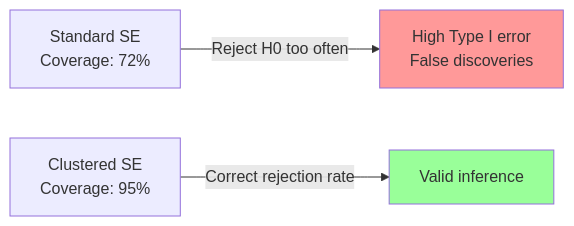
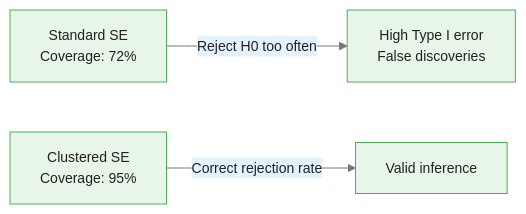
Before and after one commit to m-deane/course-creator: the fourth of 5 diagrams in courses/panel-regression/modules/module_05_advanced_topics/guides/03_clustered_standard_errors_slides.md, drawn with Mermaid. The commit also changed other lines of this file and 79 other files, not shown here.

````diff
--- a/courses/panel-regression/modules/module_05_advanced_topics/guides/03_clustered_standard_errors_slides.md
+++ b/courses/panel-regression/modules/module_05_advanced_topics/guides/03_clustered_standard_errors_slides.md
@@ -187,8 +231,6 @@
 ```mermaid
+%%{init: {"theme": "base", "themeVariables": {"primaryColor": "#e8f5e9", "primaryBorderColor": "#4caf50", "primaryTextColor": "#212121", "secondaryColor": "#e3f2fd", "tertiaryColor": "#fff8e1", "lineColor": "#757575", "fontFamily": "Inter, sans-serif", "fontSize": "14px"}}}%%
 flowchart LR
     STD["Standard SE<br/>Coverage: 72%"] -->|"Reject H0 too often"| TYPE1["High Type I error<br/>False discoveries"]
     CLUST["Clustered SE<br/>Coverage: 95%"] -->|"Correct rejection rate"| VALID["Valid inference"]
-
-    style TYPE1 fill:#f99
-    style VALID fill:#9f9
 ```
````
